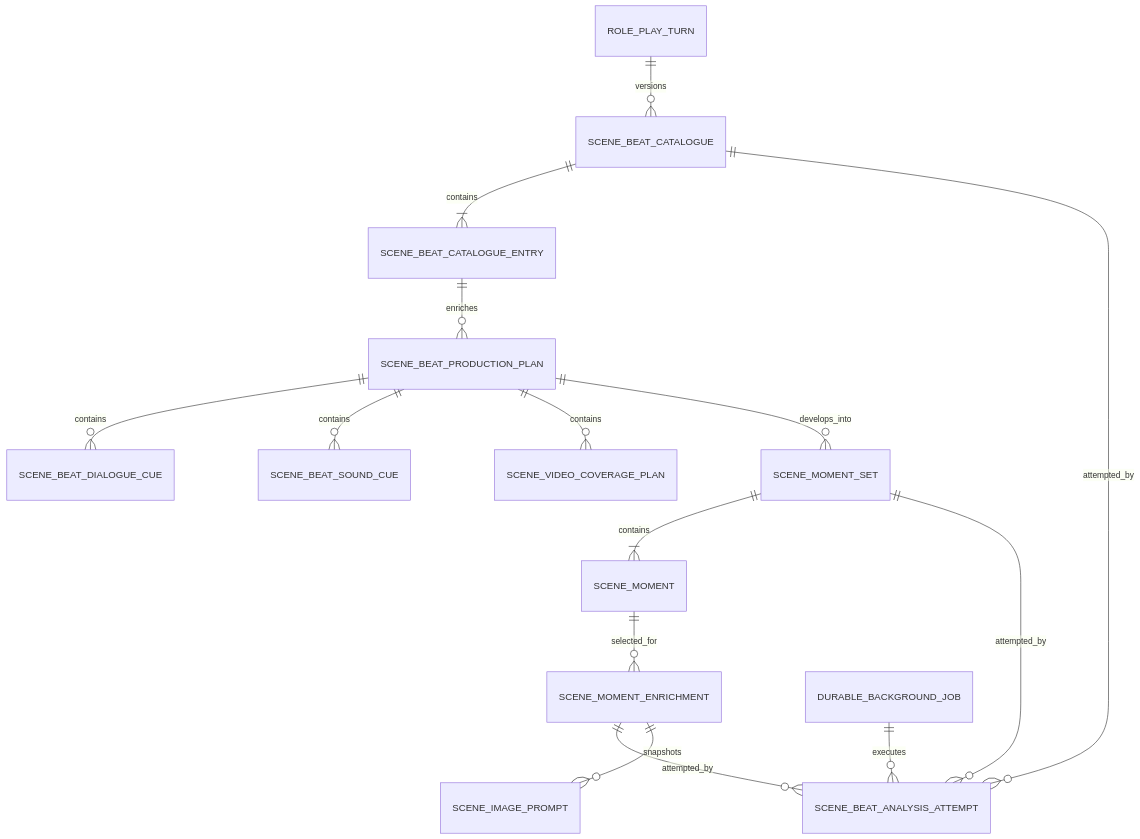
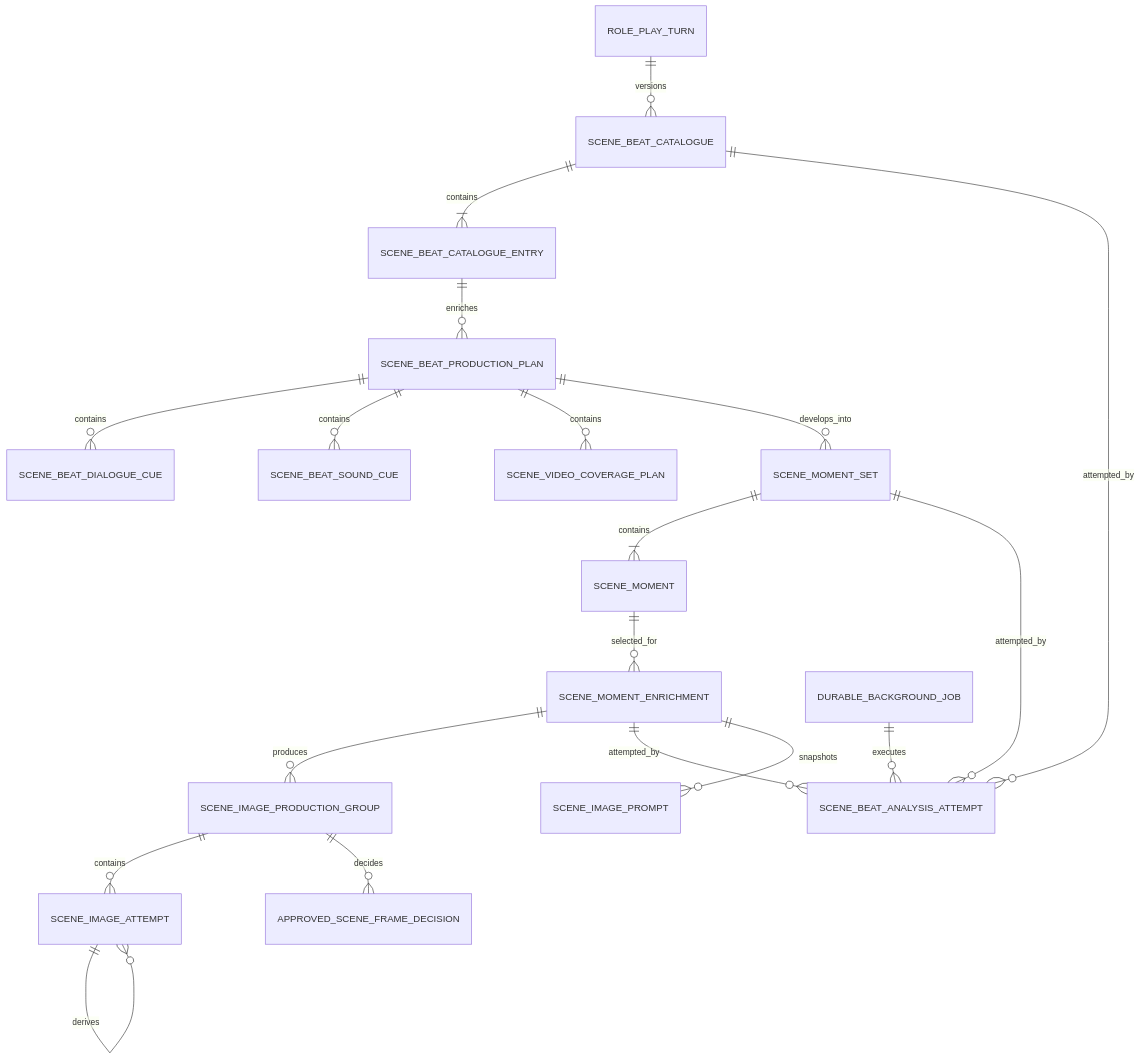
The diagram in specs/Planning/B-100-progressive-scene-beat-pipeline/data-model.md (DaturaInoxia/DreamGenClone), drawn with Mermaid before and after one commit. The commit also changed other lines of this file and 8 other files, not shown here.

````diff
--- a/specs/Planning/B-100-progressive-scene-beat-pipeline/data-model.md
+++ b/specs/Planning/B-100-progressive-scene-beat-pipeline/data-model.md
@@ -5,17 +5,21 @@
 ```mermaid
 erDiagram
     ROLE_PLAY_TURN ||--o{ SCENE_BEAT_CATALOGUE : versions
     SCENE_BEAT_CATALOGUE ||--|{ SCENE_BEAT_CATALOGUE_ENTRY : contains
     SCENE_BEAT_CATALOGUE_ENTRY ||--o{ SCENE_BEAT_PRODUCTION_PLAN : enriches
     SCENE_BEAT_PRODUCTION_PLAN ||--o{ SCENE_BEAT_DIALOGUE_CUE : contains
     SCENE_BEAT_PRODUCTION_PLAN ||--o{ SCENE_BEAT_SOUND_CUE : contains
     SCENE_BEAT_PRODUCTION_PLAN ||--o{ SCENE_VIDEO_COVERAGE_PLAN : contains
     SCENE_BEAT_PRODUCTION_PLAN ||--o{ SCENE_MOMENT_SET : develops_into
     SCENE_MOMENT_SET ||--|{ SCENE_MOMENT : contains
     SCENE_MOMENT ||--o{ SCENE_MOMENT_ENRICHMENT : selected_for
+    SCENE_MOMENT_ENRICHMENT ||--o{ SCENE_IMAGE_PRODUCTION_GROUP : produces
+    SCENE_IMAGE_PRODUCTION_GROUP ||--o{ SCENE_IMAGE_ATTEMPT : contains
+    SCENE_IMAGE_PRODUCTION_GROUP ||--o{ APPROVED_SCENE_FRAME_DECISION : decides
+    SCENE_IMAGE_ATTEMPT ||--o{ SCENE_IMAGE_ATTEMPT : derives
     SCENE_BEAT_CATALOGUE ||--o{ SCENE_BEAT_ANALYSIS_ATTEMPT : attempted_by
     SCENE_MOMENT_SET ||--o{ SCENE_BEAT_ANALYSIS_ATTEMPT : attempted_by
     SCENE_MOMENT_ENRICHMENT ||--o{ SCENE_BEAT_ANALYSIS_ATTEMPT : attempted_by
     DURABLE_BACKGROUND_JOB ||--o{ SCENE_BEAT_ANALYSIS_ATTEMPT : executes
     SCENE_MOMENT_ENRICHMENT ||--o{ SCENE_IMAGE_PROMPT : snapshots
 ```
````
